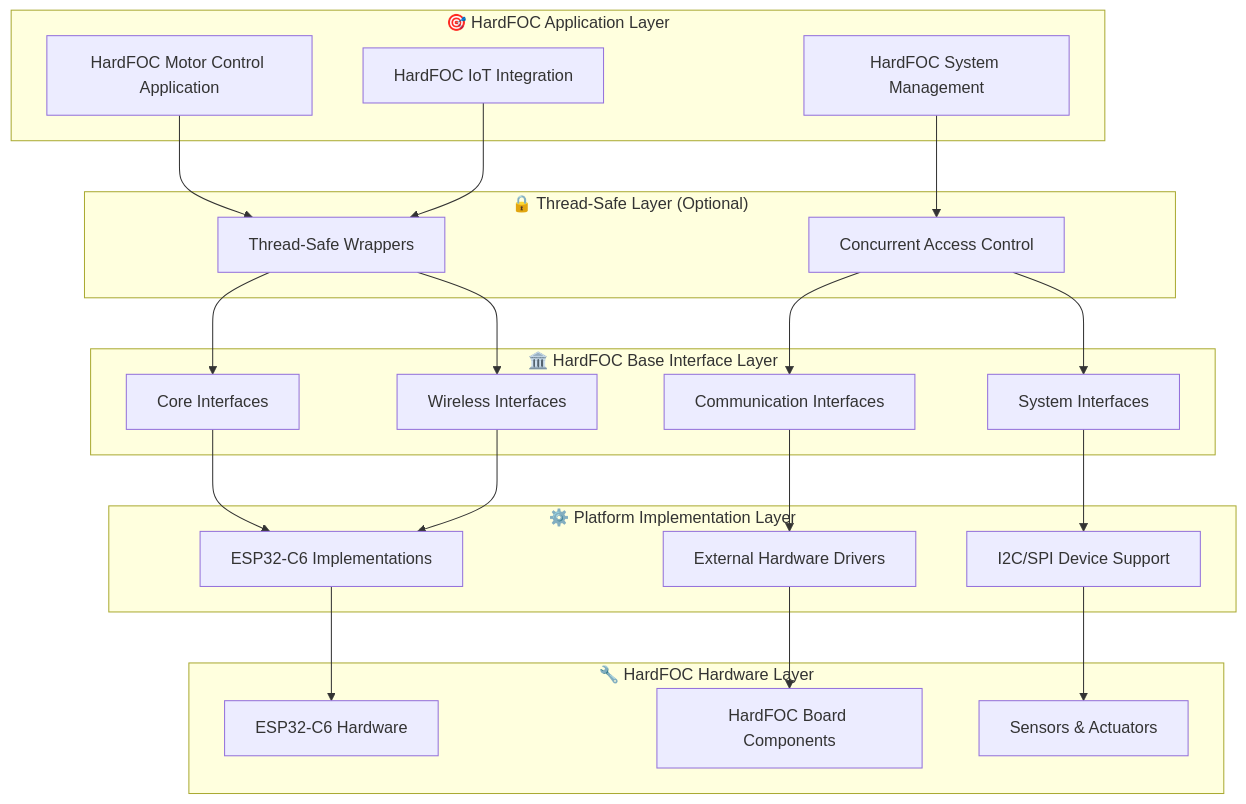
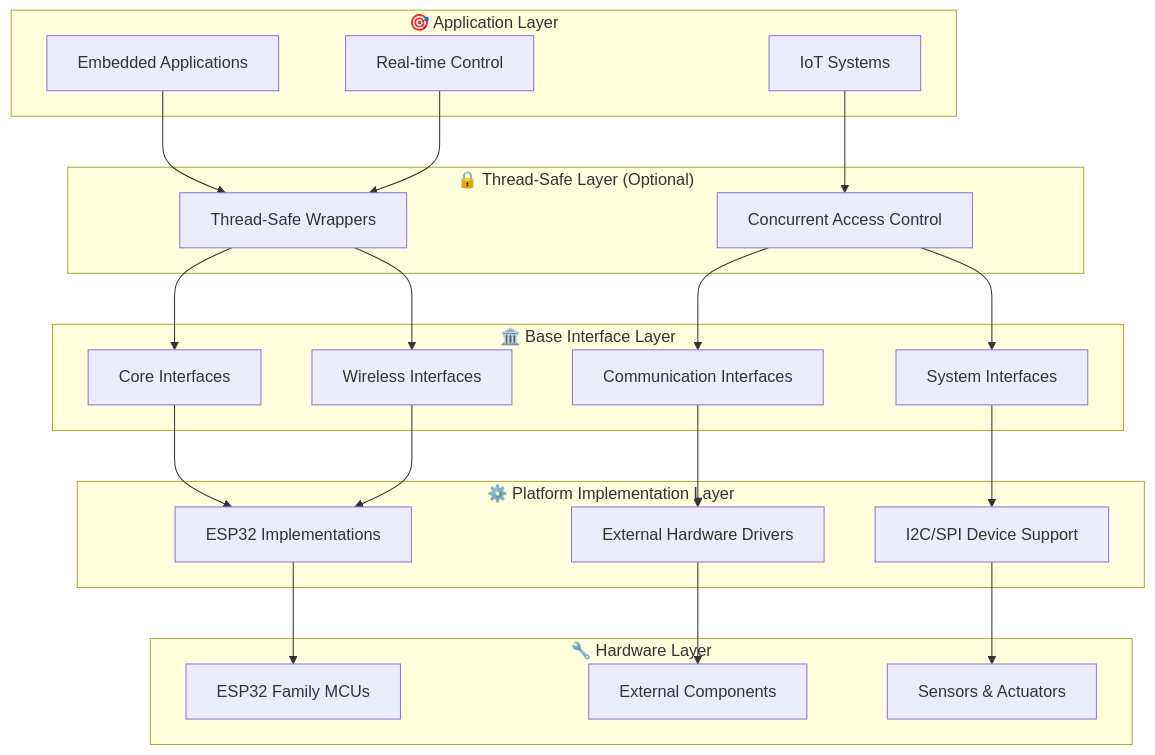
The diagram in README.md (N3b3x/hf-internal-interface-wrap), drawn with Mermaid before and after one commit. The commit also changed other lines of this file, not shown here.

````diff
--- a/README.md
+++ b/README.md
@@ -52,50 +52,50 @@
 ```mermaid
 graph TB
-    subgraph "🎯 HardFOC Application Layer"
-        A[HardFOC Motor Control Application]
-        B[HardFOC System Management]
-        C[HardFOC IoT Integration]
+    subgraph "🎯 Application Layer"
+        A[Embedded Applications]
+        B[IoT Systems]
+        C[Real-time Control]
     end
     
     subgraph "🔒 Thread-Safe Layer (Optional)"
         D[Thread-Safe Wrappers]
         E[Concurrent Access Control]
     end
     
-    subgraph "🏛️ HardFOC Base Interface Layer"
+    subgraph "🏛️ Base Interface Layer"
         F[Core Interfaces]
         G[Communication Interfaces] 
         H[Wireless Interfaces]
         I[System Interfaces]
     end
     
     subgraph "⚙️ Platform Implementation Layer"
-        J[ESP32-C6 Implementations]
+        J[ESP32 Implementations]
         K[External Hardware Drivers]
         L[I2C/SPI Device Support]
     end
     
-    subgraph "🔧 HardFOC Hardware Layer"
-        M[ESP32-C6 Hardware]
-        N[HardFOC Board Components]
+    subgraph "🔧 Hardware Layer"
+        M[ESP32 Family MCUs]
+        N[External Components]
         O[Sensors & Actuators]
     end
     
     A --> D
     B --> E
     C --> D
     
     D --> F
     E --> G
     D --> H
     E --> I
     
     F --> J
     G --> K
     H --> J
     I --> L
     
     J --> M
     K --> N
     L --> O
 ```
````
